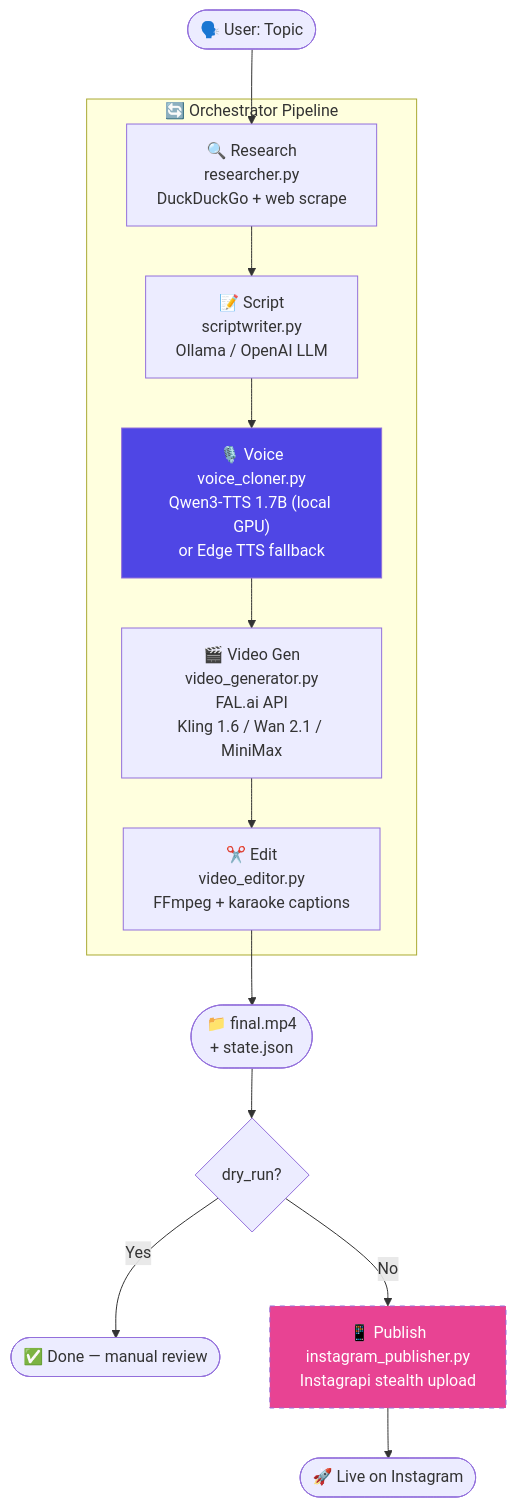
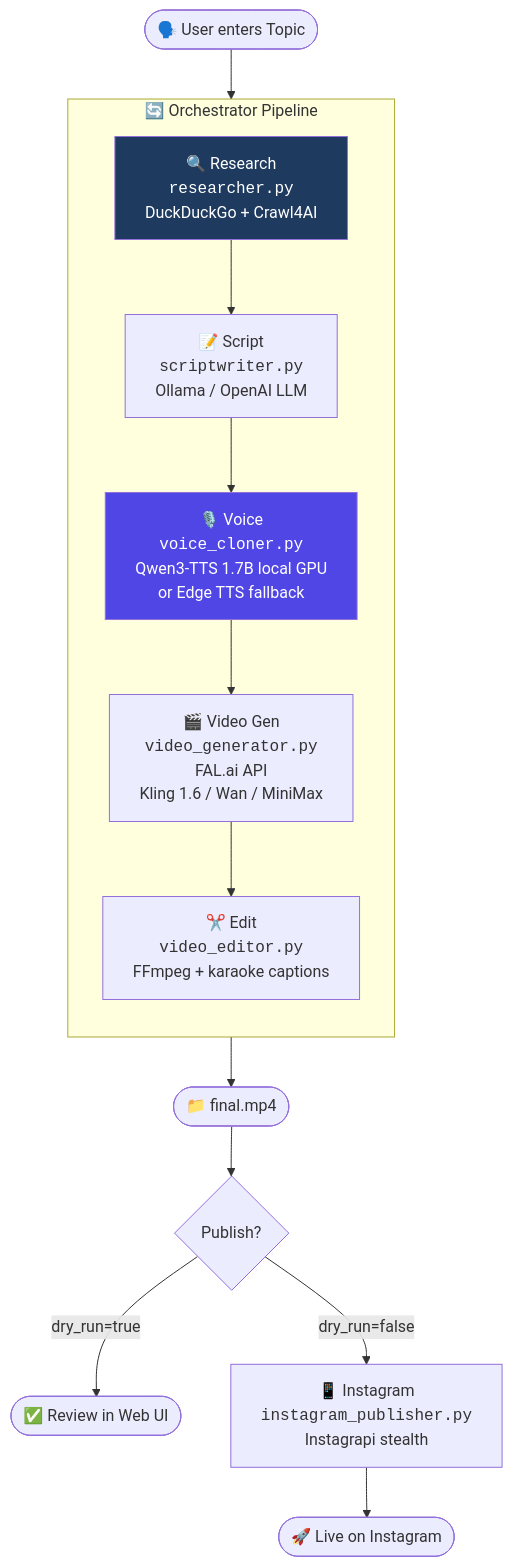
One commit to pankaj-mahaur/OpenCreator changed the first of 2 diagrams in README.md. Above: the diagram before and after it, drawn with Mermaid. The commit also changed other lines of this file, not shown here.

````diff
--- a/README.md
+++ b/README.md
@@ -11,21 +11,22 @@
 ```mermaid
 flowchart TD
-    A([🗣️ User: Topic]) --> B
+    A([🗣️ User enters Topic]) --> B
 
     subgraph PIPELINE ["🔄 Orchestrator Pipeline"]
-        B["🔍 Research\nresearcher.py\nDuckDuckGo + web scrape"] --> C
-        C["📝 Script\nscriptwriter.py\nOllama / OpenAI LLM"] --> D
-        D["🎙️ Voice\nvoice_cloner.py\nQwen3-TTS 1.7B (local GPU)\nor Edge TTS fallback"] --> E
-        E["🎬 Video Gen\nvideo_generator.py\nFAL.ai API\nKling 1.6 / Wan 2.1 / MiniMax"] --> F
-        F["✂️ Edit\nvideo_editor.py\nFFmpeg + karaoke captions"]
+        direction TB
+        B["🔍 Research<br/><code>researcher.py</code><br/>DuckDuckGo + Crawl4AI"] --> C
+        C["📝 Script<br/><code>scriptwriter.py</code><br/>Ollama / OpenAI LLM"] --> D
+        D["🎙️ Voice<br/><code>voice_cloner.py</code><br/>Qwen3-TTS 1.7B local GPU<br/>or Edge TTS fallback"] --> E
+        E["🎬 Video Gen<br/><code>video_generator.py</code><br/>FAL.ai API<br/>Kling 1.6 / Wan / MiniMax"] --> F
+        F["✂️ Edit<br/><code>video_editor.py</code><br/>FFmpeg + karaoke captions"]
     end
 
-    F --> G([📁 final.mp4\n+ state.json])
-    G --> H{dry_run?}
-    H -- Yes --> I([✅ Done — manual review])
-    H -- No --> J["📱 Publish\ninstagram_publisher.py\nInstagrapi stealth upload"]
+    F --> G([📁 final.mp4])
+    G --> H{Publish?}
+    H -- "dry_run=true" --> I([✅ Review in Web UI])
+    H -- "dry_run=false" --> J["📱 Instagram<br/><code>instagram_publisher.py</code><br/>Instagrapi stealth"]
     J --> K([🚀 Live on Instagram])
 
     style D fill:#4f46e5,color:#fff
-    style J fill:#e84393,color:#fff,stroke-dasharray: 5 5
+    style B fill:#1e3a5f,color:#fff
 ```
````
